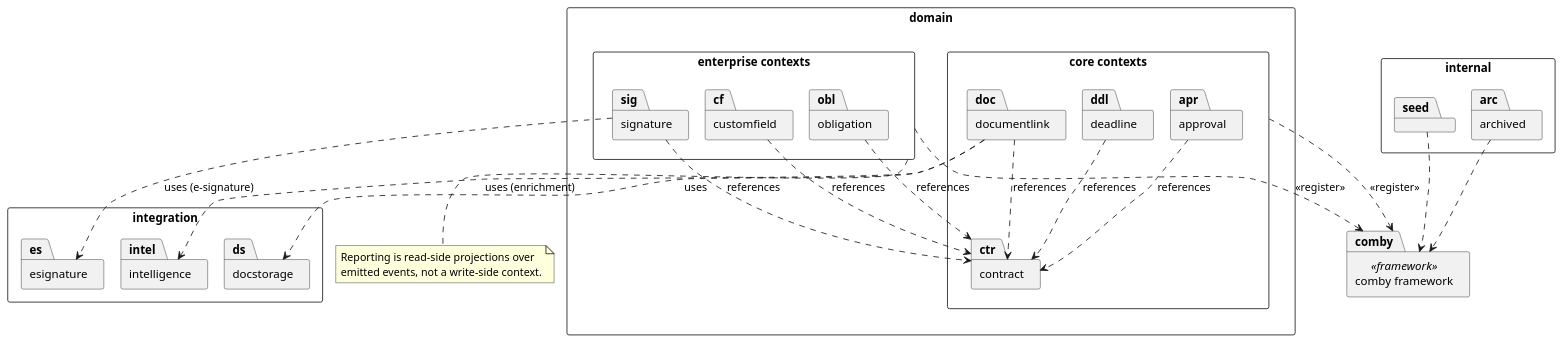
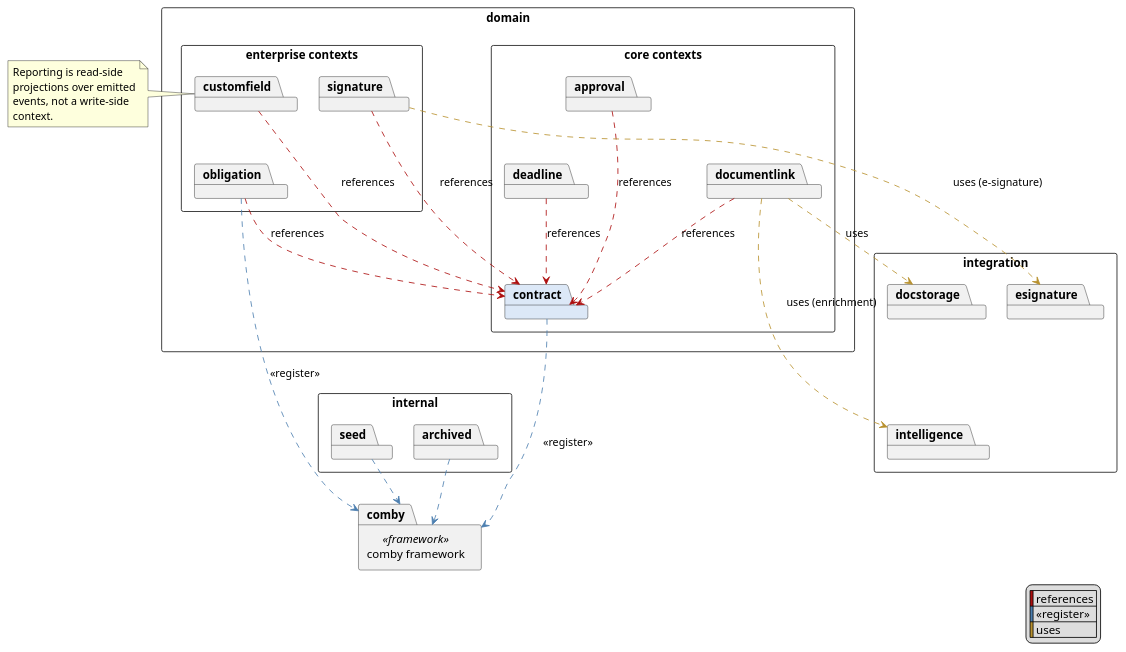
One commit to idris-saddi/pfe-report changed the diagram in report/Chapter3/figures/backend-packages.puml. Above: the diagram before and after it, drawn with PlantUML. The commit also changed 66 other files, not shown here.

```diff
--- a/report/Chapter3/figures/backend-packages.puml
+++ b/report/Chapter3/figures/backend-packages.puml
@@ -1,64 +1,75 @@
 @startuml backend-packages
 '==============================================================================
-' Figure (Chapter II): Package (module) structure of the backend.
-' The custom packages and their dependencies; everything registers on the
-' comby framework, and the satellite domains (core and enterprise) reference
-' Contract. Reporting is a family of read-side projections over emitted
-' events, not a write-side domain package.
-' From the backend repository layout (domain/, integration/, internal/).
-' Render:  plantuml -tpdf backend-packages.puml      (or -tpng)
+' Figure (Chapter III): Package (module) structure of the backend.
+' Layout: hierarchical so the dependency structure is visible at a glance —
+' satellites gridded 2 rows deep ABOVE contract, every "references" arrow
+' fanning downward into it (contract is the hub, tinted for emphasis);
+' comby at the bottom (the layer the groups register on) with internal
+' beside it; integration below the enterprise group, next to its consumers.
+' Hidden node-to-node edges pin the ranks (cluster-to-cluster hidden edges
+' do not constrain ranks). Reporting note: read-side projections only.
+' Shared look from puml-style.iuml (injected by the Makefile).
+' Render:  make figures
 '==============================================================================
-skinparam shadowing false
-skinparam defaultFontName Helvetica
 skinparam packageStyle rectangle
-skinparam ranksep 35
-skinparam nodesep 20
+skinparam ranksep 44
+skinparam nodesep 26
+
+package "domain" as dom {
+  package "core contexts" as coregrp {
+    package approval
+    package deadline
+    package documentlink
+    package contract #DCE8F7
+    approval -[hidden]-> deadline
+    approval     .[#AC0D0D].> contract : references
+    deadline     .[#AC0D0D].> contract : references
+    documentlink .[#AC0D0D].> contract : references
+  }
+  package "enterprise contexts" as entgrp {
+    package customfield
+    package signature
+    package obligation
+    customfield -[hidden]-> obligation
+  }
+  signature   .[#AC0D0D].> contract : references
+  obligation  .[#AC0D0D].> contract : references
+  customfield .[#AC0D0D].> contract : references
+}
+
+note left of customfield
+  Reporting is read-side
+  projections over emitted
+  events, not a write-side
+  context.
+end note
 
 package "comby framework" as comby <<framework>>
-
-package "domain" {
-  package "core contexts" as coregrp {
-    package "contract"     as ctr
-    package "approval"     as apr
-    package "deadline"     as ddl
-    package "documentlink" as doc
-  }
-  package "enterprise contexts" as entgrp {
-    package "signature"    as sig
-    package "obligation"   as obl
-    package "customfield"  as cf
-  }
+package "internal" {
+  package archived
+  package seed
 }
 
-note bottom of entgrp
-  Reporting is read-side projections over
-  emitted events, not a write-side context.
-end note
+contract   .[#4C7FB0].> comby : <<register>>
+obligation .[#4C7FB0].> comby : <<register>>
+archived .[#4C7FB0].> comby
+seed     .[#4C7FB0].> comby
+' internal sits BELOW the domain hub (node-level rank anchor).
+contract -[hidden]-> archived
 
 package "integration" {
-  package "docstorage"   as ds
-  package "esignature"   as es
-  package "intelligence" as intel
+  package docstorage
+  package esignature
+  package intelligence
+  docstorage -[hidden]-> intelligence
 }
 
-package "internal" {
-  package "archived"     as arc
-  package "seed"         as seed
-}
-
-coregrp ..> comby : <<register>>
-entgrp  ..> comby : <<register>>
-
-apr ..> ctr : references
-ddl ..> ctr : references
-doc ..> ctr : references
-sig ..> ctr : references
-obl ..> ctr : references
-cf  ..> ctr : references
-
-doc ..> ds    : uses
-doc ..> intel : uses (enrichment)
-sig ..> es    : uses (e-signature)
-arc  ..> comby
-seed ..> comby
+documentlink .[#B8912E].> docstorage   : uses
+documentlink .[#B8912E].> intelligence : uses (enrichment)
+signature    .[#B8912E].> esignature   : uses (e-signature)
+legend bottom right
+  |<#AC0D0D>| references |
+  |<#4C7FB0>| «register» |
+  |<#B8912E>| uses |
+endlegend
 @enduml
```
